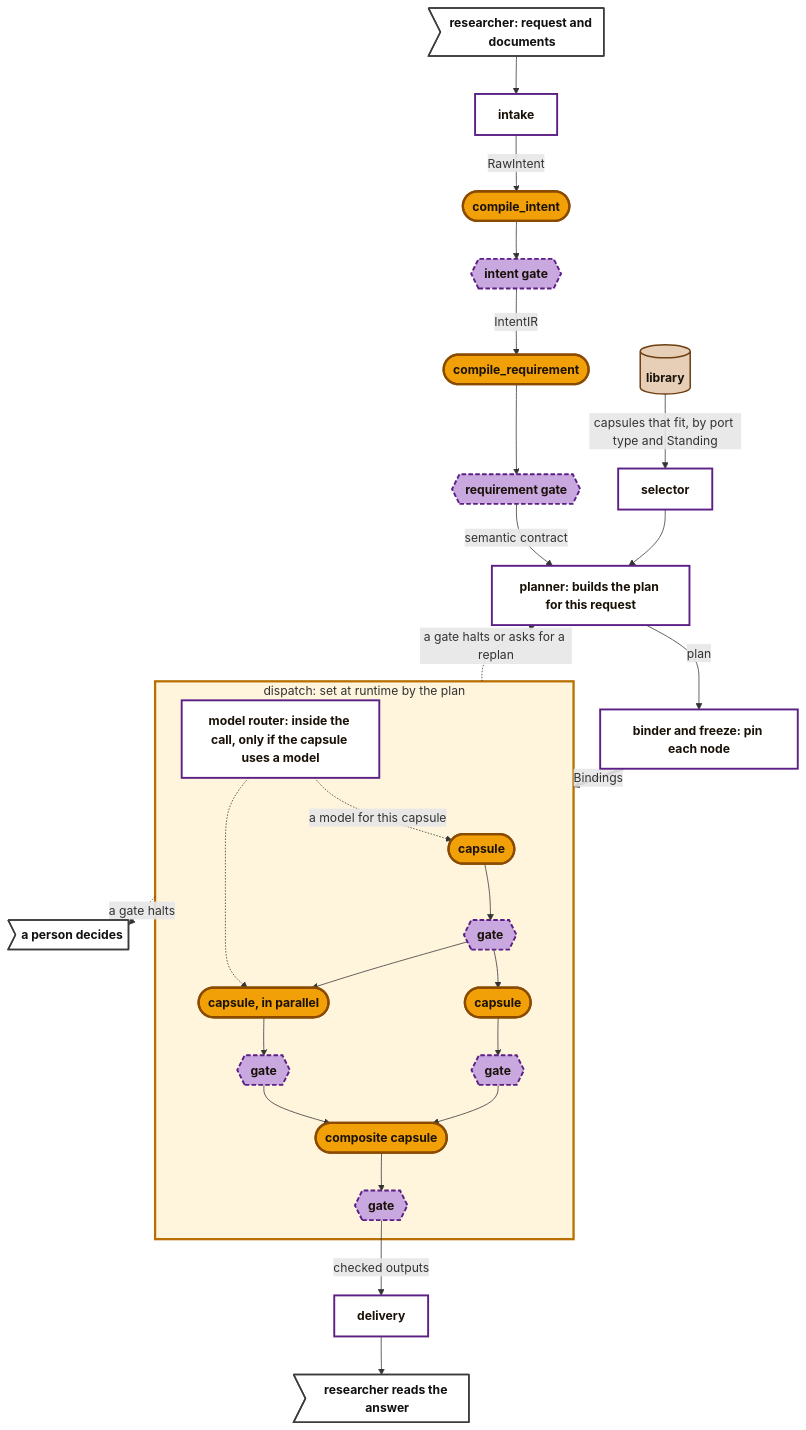
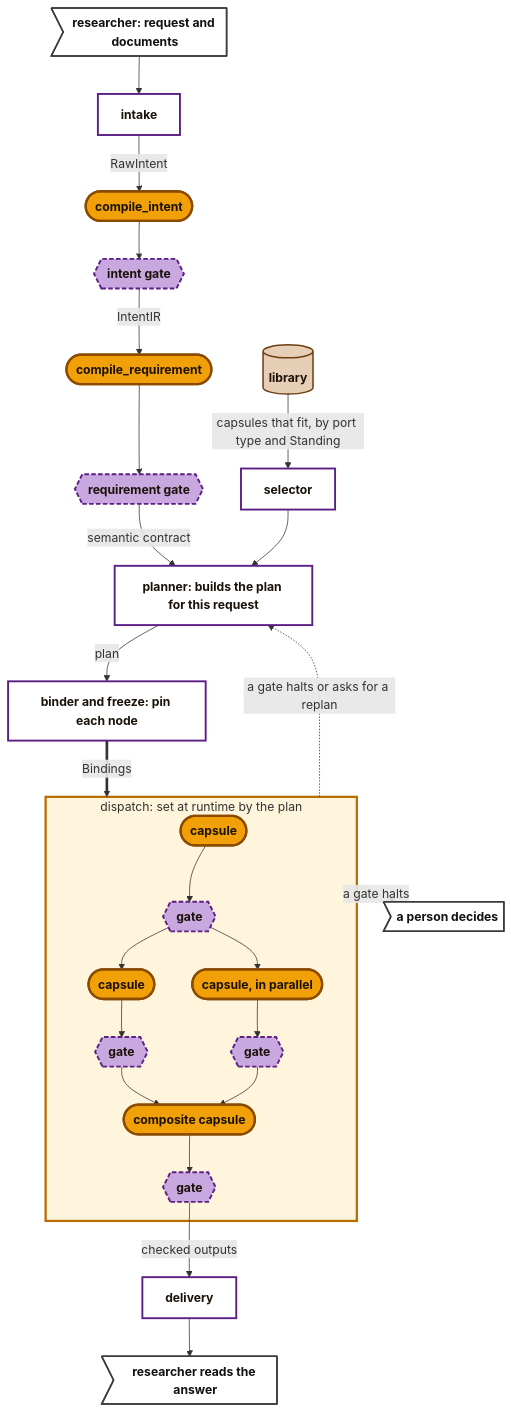
Before and after one commit to Stellven/jiuwenswarm: the second of 3 diagrams in docs/architecture/big-picture.md, drawn with Mermaid. The commit also changed other lines of this file and 24 other files, not shown here.

Commit message:
Add core schemas and keep models out of the capsule layer

````diff
--- a/docs/architecture/big-picture.md
+++ b/docs/architecture/big-picture.md
@@ -55,36 +55,34 @@
 ```mermaid
 flowchart TB
     H>"researcher: request and documents"]:::ext --> IN["intake"]:::ctrl
     IN -->|"RawIntent"| C1(["compile_intent"]):::cc
     C1 --> G1{{"intent gate"}}:::gate
     G1 -->|"IntentIR"| C2(["compile_requirement"]):::cc
     C2 --> G2{{"requirement gate"}}:::gate
     G2 -->|"semantic contract"| PL["planner: builds the plan for this request"]:::ctrl
     LIB[("library")]:::rec -->|"capsules that fit, by port type and Standing"| SEL["selector"]:::ctrl
     SEL --> PL
     PL -->|"plan"| BD["binder and freeze: pin each node"]:::ctrl
     BD ==>|"Bindings"| DISPATCH
     subgraph DISPATCH["dispatch: set at runtime by the plan"]
         D1(["capsule"]):::cc --> DG1{{"gate"}}:::gate
-        ROUTE["model router: inside the call, only if the capsule uses a model"]:::ctrl -.->|"a model for this capsule"| D1
-        ROUTE -.-> D3
         DG1 --> D2(["capsule"]):::cc
         DG1 --> D3(["capsule, in parallel"]):::cc
         D2 --> DG2{{"gate"}}:::gate
         D3 --> DG3{{"gate"}}:::gate
         DG2 --> D4(["composite capsule"]):::cc
         DG3 --> D4
         D4 --> DG4{{"gate"}}:::gate
     end
     DG4 -->|"checked outputs"| DL["delivery"]:::ctrl
     DL --> OUT>"researcher reads the answer"]:::ext
     DISPATCH -.->|"a gate halts or asks for a replan"| PL
     DISPATCH -.->|"a gate halts"| HS>"a person decides"]:::ext
 
     classDef cc fill:#F2A007,stroke:#8A4B00,stroke-width:3px,color:#1a1208,font-weight:bold
     classDef gate fill:#C9A8E0,stroke:#5B1F86,stroke-width:2.5px,stroke-dasharray:6 3,color:#1a1208,font-weight:bold
     classDef ctrl fill:#ffffff,stroke:#5B1F86,stroke-width:2.5px,color:#1a1208,font-weight:bold
     classDef rec fill:#E6CFB6,stroke:#6E3F12,stroke-width:2px,color:#1a1208,font-weight:bold
     classDef ext fill:#ffffff,stroke:#3b3b3b,stroke-width:2px,color:#111111,font-weight:bold
     style DISPATCH fill:#FFF4DC,stroke:#B86E00,stroke-width:3px
 ```
````
